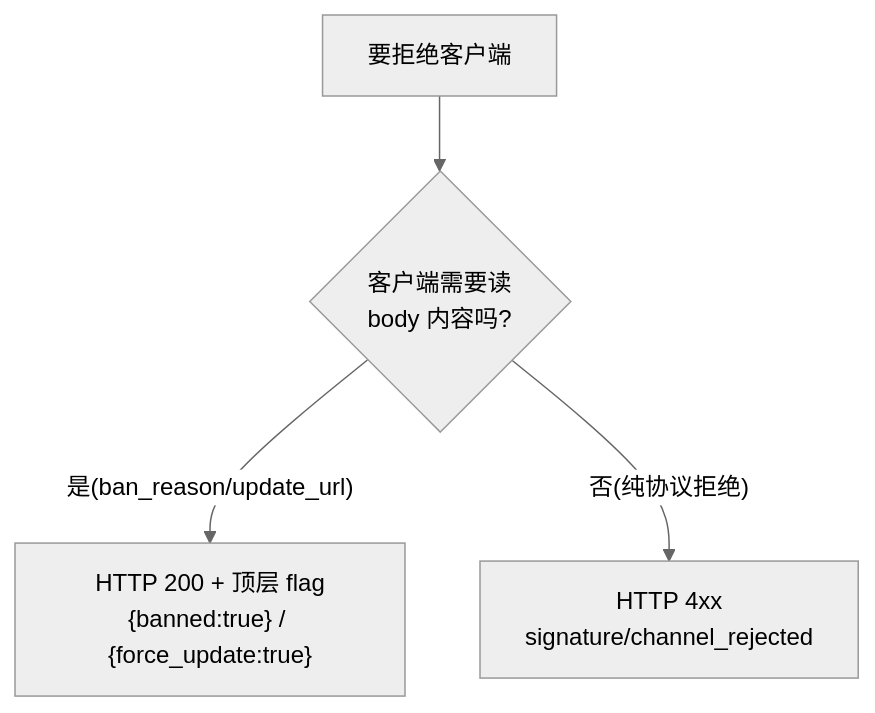
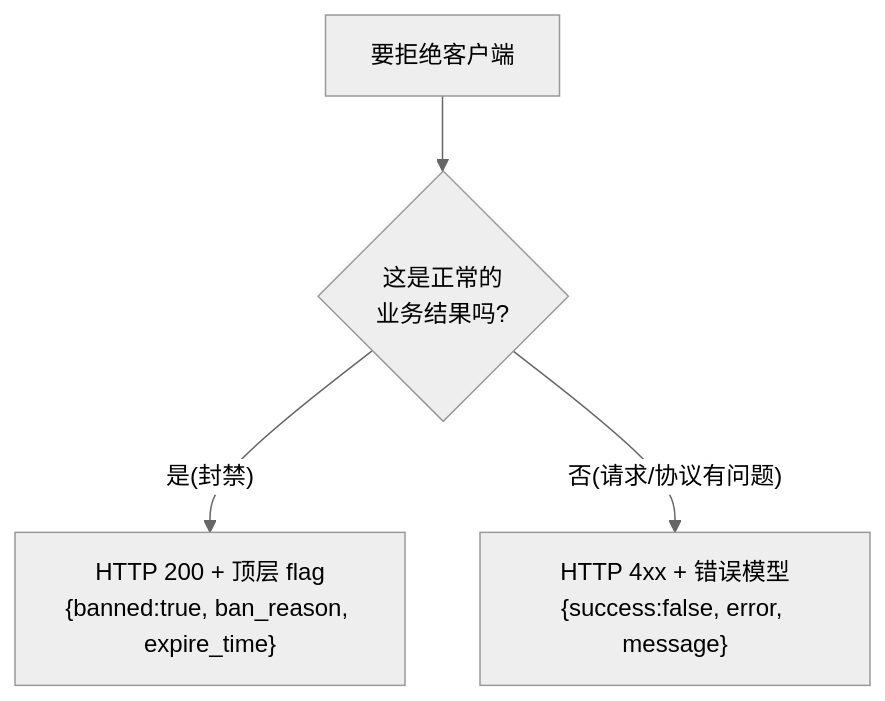
The third of 5 diagrams in docs/contributing/protocol-fidelity.md (MagirecoCN-Revival-Project/magireco-cnv-server), drawn with Mermaid (neutral theme) before and after one commit. The commit also changed other lines of this file and 32 other files, not shown here.

````diff
--- a/docs/contributing/protocol-fidelity.md
+++ b/docs/contributing/protocol-fidelity.md
@@ -59,6 +64,6 @@
 ```mermaid
 flowchart TB
-    REJ["要拒绝客户端"] --> Q{客户端需要读<br/>body 内容吗?}
-    Q -->|"是(ban_reason/update_url)"| H200["HTTP 200 + 顶层 flag<br/>{banned:true} / {force_update:true}"]
-    Q -->|"否(纯协议拒绝)"| H4XX["HTTP 4xx<br/>signature/channel_rejected"]
+    REJ["要拒绝客户端"] --> Q{这是正常的<br/>业务结果吗?}
+    Q -->|"是(封禁)"| H200["HTTP 200 + 顶层 flag<br/>{banned:true, ban_reason, expire_time}"]
+    Q -->|"否(请求/协议有问题)"| H4XX["HTTP 4xx + 错误模型<br/>{success:false, error, message}"]
 ```
````
